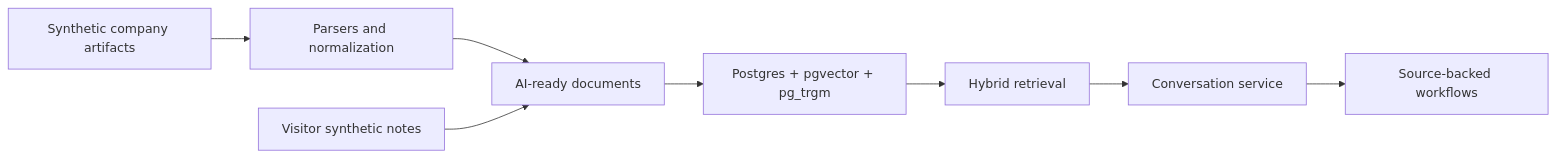
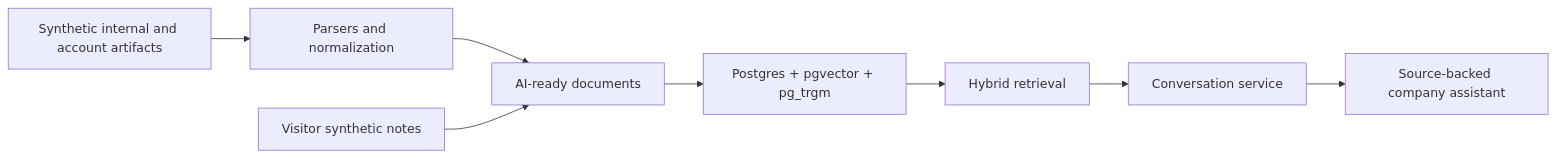
The diagram in README.md (dpanea/private-company-ai-demo), drawn with Mermaid before and after one commit. The commit also changed other lines of this file and 20 other files, not shown here.

````diff
--- a/README.md
+++ b/README.md
@@ -72,10 +73,10 @@
 ```mermaid
 flowchart LR
-    A["Synthetic company artifacts"] --> B["Parsers and normalization"]
+    A["Synthetic internal and account artifacts"] --> B["Parsers and normalization"]
     B --> C["AI-ready documents"]
     C --> D["Postgres + pgvector + pg_trgm"]
     D --> E["Hybrid retrieval"]
     E --> F["Conversation service"]
-    F --> G["Source-backed workflows"]
+    F --> G["Source-backed company assistant"]
     H["Visitor synthetic notes"] --> C
 ```
````
